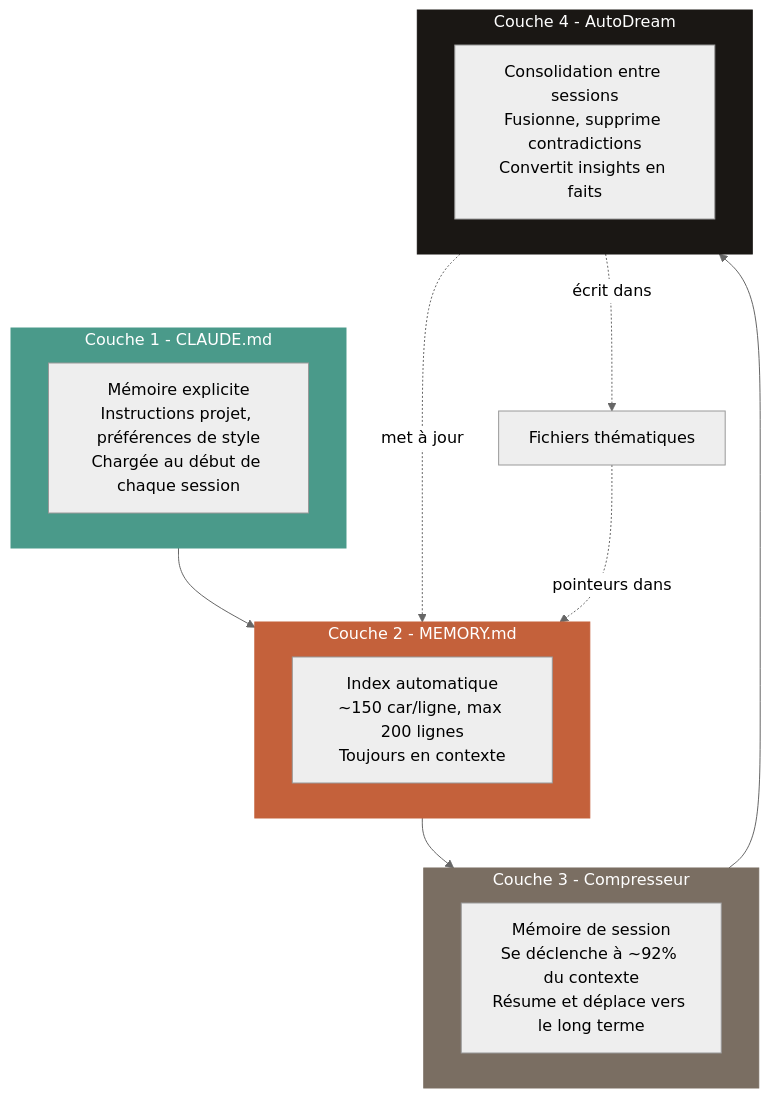
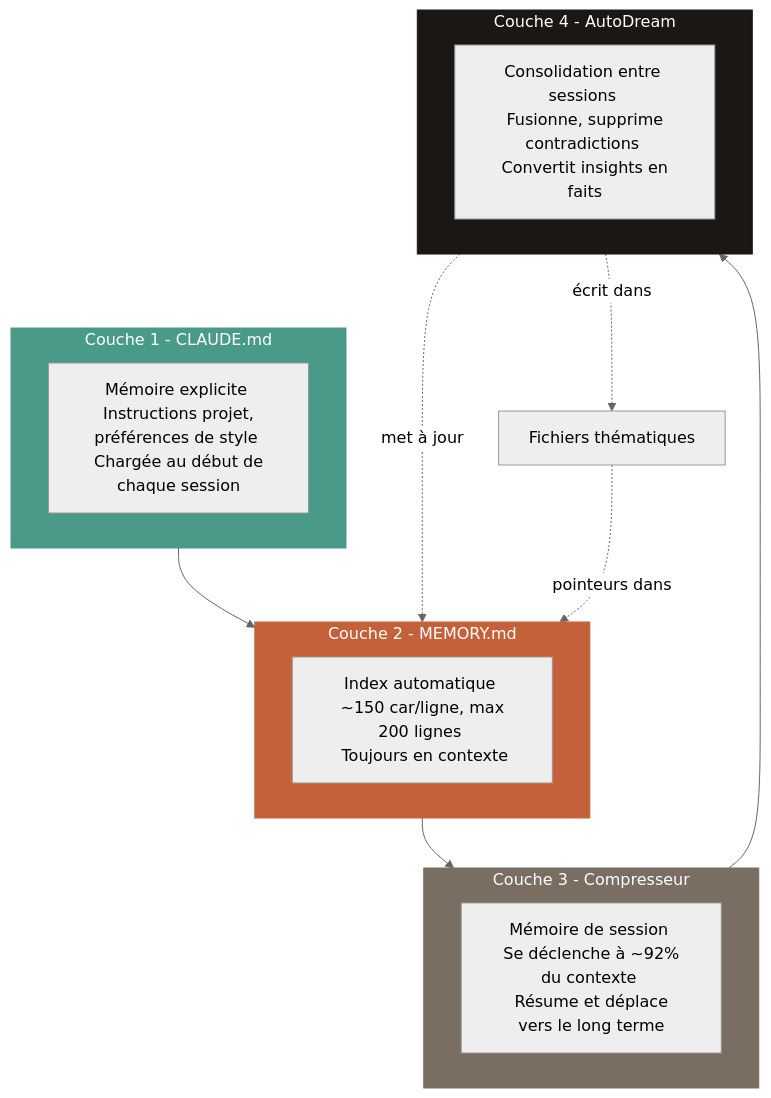
One commit to BastinFlorian/BastinFlorian.github.io changed the fifth of 8 diagrams in _posts/2026-04-01-claude-code-leak.md. Above: the diagram before and after it, drawn with Mermaid (neutral theme). The commit also changed other lines of this file, not shown here.

Commit message:
FEAT: Move architecture SVG to article header, remove duplicate

````diff
--- a/_posts/2026-04-01-claude-code-leak.md
+++ b/_posts/2026-04-01-claude-code-leak.md
@@ -251,34 +261,34 @@
 ```mermaid
 flowchart TB
     subgraph C1["Couche 1 - CLAUDE.md"]
         direction LR
-        C1D["Mémoire explicite\nInstructions projet, préférences de style\nChargée au début de chaque session"]
+        C1D["Mémoire explicite \n Instructions projet, préférences de style \n Chargée au début de chaque session"]
     end
 
     subgraph C2["Couche 2 - MEMORY.md"]
         direction LR
-        C2D["Index automatique\n~150 car/ligne, max 200 lignes\nToujours en contexte"]
+        C2D["Index automatique \n ~150 car/ligne, max 200 lignes \n Toujours en contexte"]
     end
 
     subgraph C3["Couche 3 - Compresseur"]
         direction LR
-        C3D["Mémoire de session\nSe déclenche à ~92% du contexte\nRésume et déplace vers le long terme"]
+        C3D["Mémoire de session \n Se déclenche à ~92% du contexte \n Résume et déplace vers le long terme"]
     end
 
     subgraph C4["Couche 4 - AutoDream"]
         direction LR
-        C4D["Consolidation entre sessions\nFusionne, supprime contradictions\nConvertit insights en faits"]
+        C4D["Consolidation entre sessions \n Fusionne, supprime contradictions \n Convertit insights en faits"]
     end
 
     C1 --> C2
     C2 --> C3
     C3 --> C4
     C4 -.->|"met à jour"| C2
     C4 -.->|"écrit dans"| TF["Fichiers thématiques"]
     TF -.->|"pointeurs dans"| C2
 
     style C1 fill:#4A9A8A,color:#fff,stroke:#4A9A8A
     style C2 fill:#C4613B,color:#fff,stroke:#C4613B
     style C3 fill:#7A6E62,color:#fff,stroke:#7A6E62
     style C4 fill:#1A1714,color:#fff,stroke:#1A1714
 ```
````
